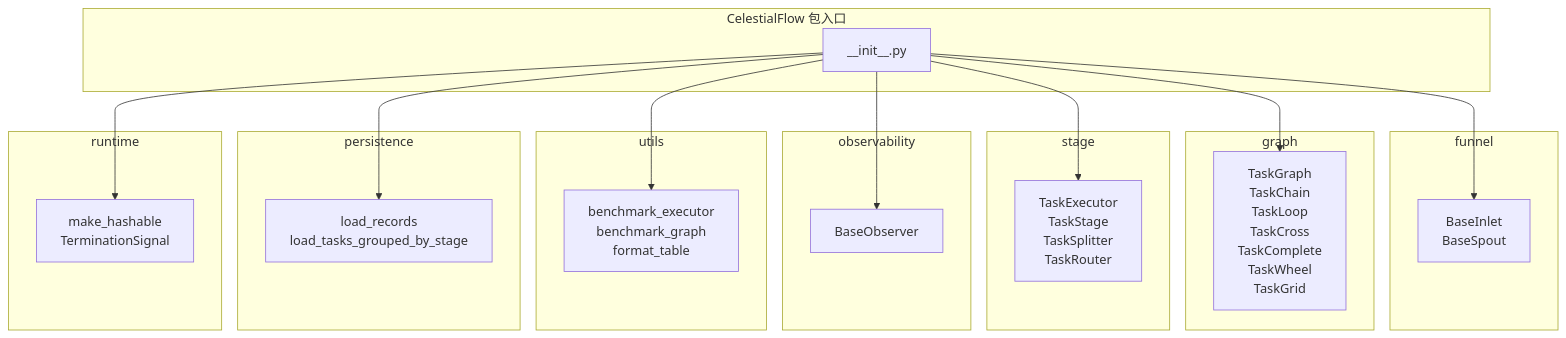
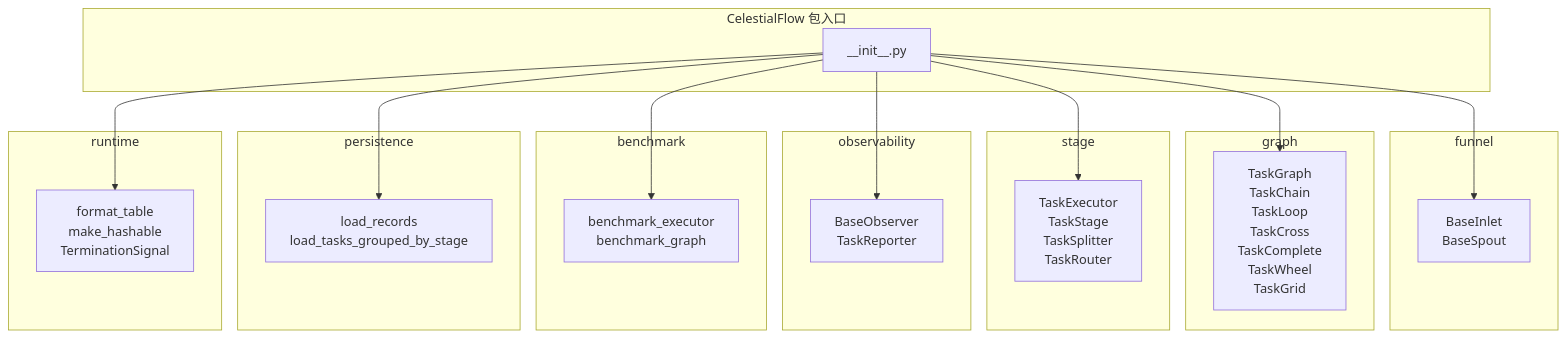
Before and after one commit to Mr-xiaotian/CelestialFlow: the diagram in docs/zh-CN/src/__init__.md, drawn with Mermaid. The commit also changed other lines of this file and 56 other files, not shown here.

````diff
--- a/docs/zh-CN/src/__init__.md
+++ b/docs/zh-CN/src/__init__.md
@@ -206,42 +208,42 @@
 ```mermaid
 graph TD
     subgraph "CelestialFlow 包入口"
         Init["__init__.py"]
     end
 
     subgraph funnel
         F["BaseInlet<br/>BaseSpout"]
     end
 
     subgraph graph
         G["TaskGraph<br/>TaskChain<br/>TaskLoop<br/>TaskCross<br/>TaskComplete<br/>TaskWheel<br/>TaskGrid"]
     end
 
     subgraph stage
         S["TaskExecutor<br/>TaskStage<br/>TaskSplitter<br/>TaskRouter"]
     end
 
     subgraph observability
-        O["BaseObserver"]
+        O["BaseObserver<br/>TaskReporter"]
     end
 
-    subgraph utils
-        U["benchmark_executor<br/>benchmark_graph<br/>format_table"]
+    subgraph benchmark
+        U["benchmark_executor<br/>benchmark_graph"]
     end
 
     subgraph persistence
         P["load_records<br/>load_tasks_grouped_by_stage"]
     end
 
     subgraph runtime
-        R["make_hashable<br/>TerminationSignal"]
+        R["format_table<br/>make_hashable<br/>TerminationSignal"]
     end
 
     Init --> F
     Init --> G
     Init --> S
     Init --> O
     Init --> U
     Init --> P
     Init --> R
 ```
````
